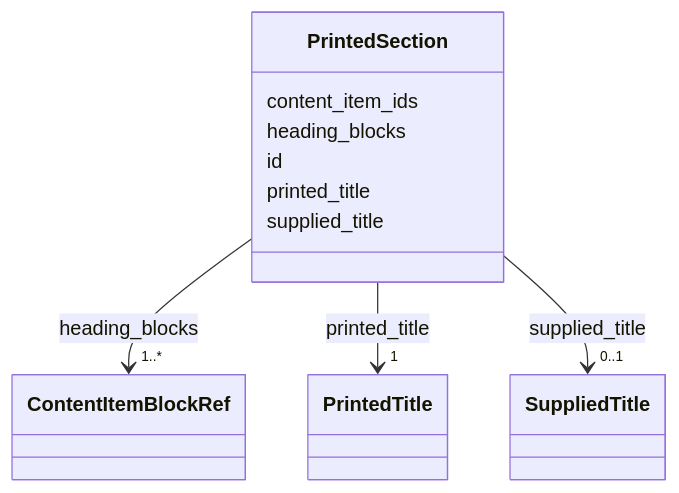
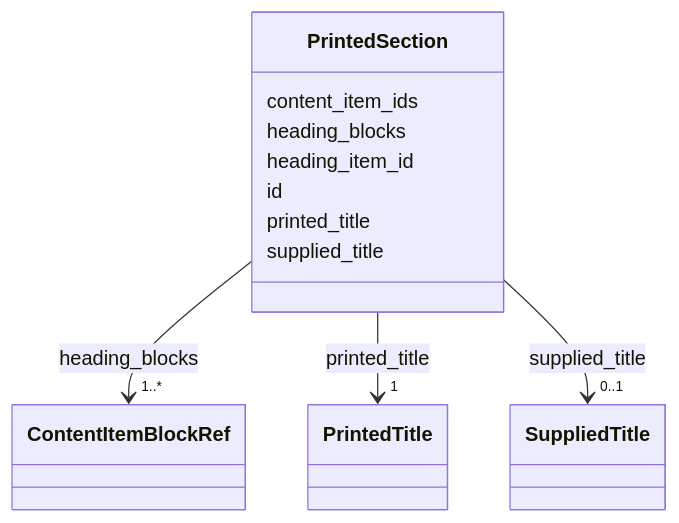
Before and after one commit to dsmedia/pruzhany-schema: the diagram in linkml/generated/docs/content_items/PrintedSection.md, drawn with Mermaid. The commit also changed other lines of this file and 87 other files, not shown here.

First line of the commit message:
Allow a content item to supply a printed section heading

````diff
--- a/linkml/generated/docs/content_items/PrintedSection.md
+++ b/linkml/generated/docs/content_items/PrintedSection.md
@@ -23,43 +23,45 @@
 ```mermaid
  classDiagram
     class PrintedSection
     click PrintedSection href "../PrintedSection/"
       PrintedSection : content_item_ids
         
       PrintedSection : heading_blocks
         
           
     
         
         
         PrintedSection --> "1..*" ContentItemBlockRef : heading_blocks
         click ContentItemBlockRef href "../ContentItemBlockRef/"
     
 
+        
+      PrintedSection : heading_item_id
         
       PrintedSection : id
         
       PrintedSection : printed_title
         
           
     
         
         
         PrintedSection --> "1" PrintedTitle : printed_title
         click PrintedTitle href "../PrintedTitle/"
     
 
         
       PrintedSection : supplied_title
         
           
     
         
         
         PrintedSection --> "0..1" SuppliedTitle : supplied_title
         click SuppliedTitle href "../SuppliedTitle/"
     
 
         
       
 ```
````
